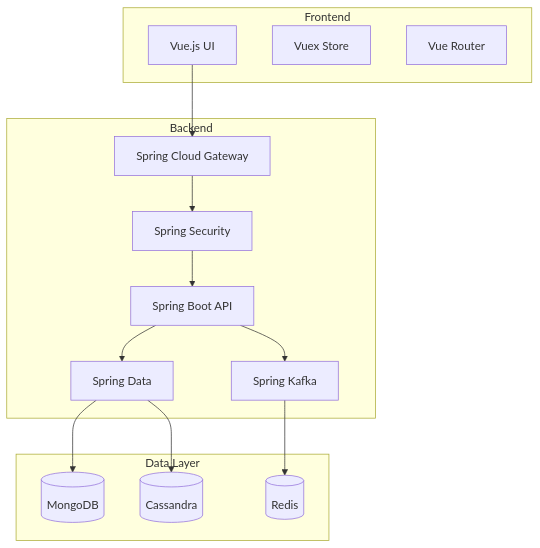
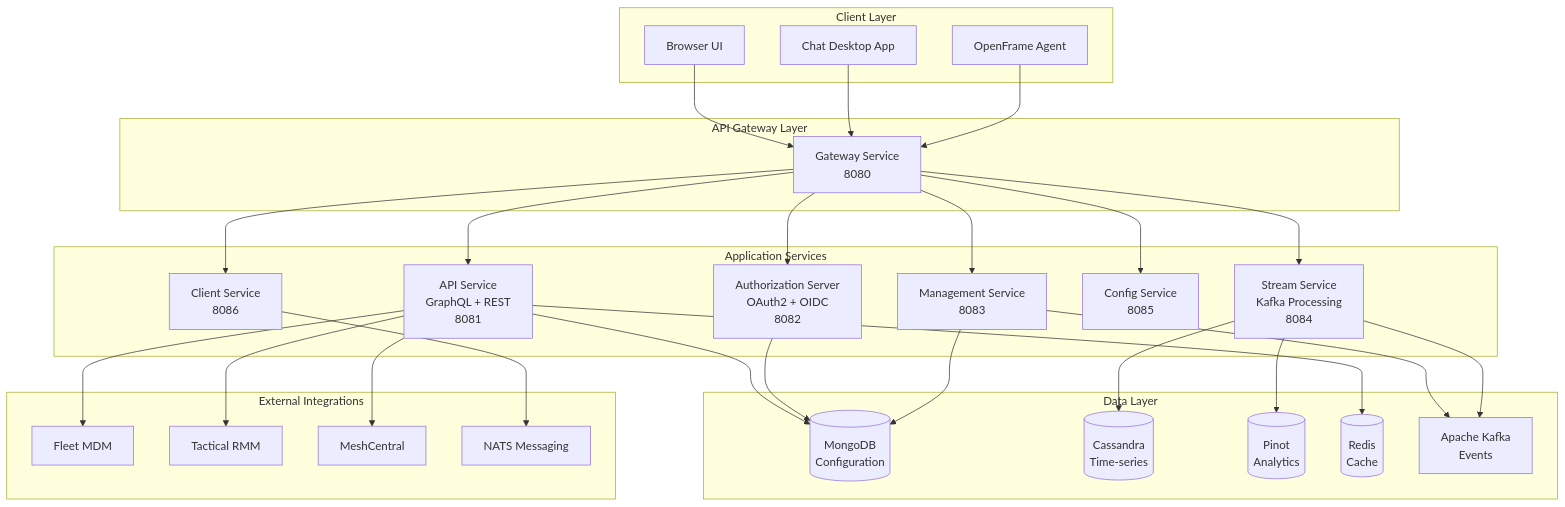
Before and after one commit to flamingo-stack/openframe-oss-tenant: the first of 8 diagrams in docs/development/architecture/overview.md, drawn with Mermaid. The commit also changed other lines of this file and 9 other files, not shown here.

````diff
--- a/docs/development/architecture/overview.md
+++ b/docs/development/architecture/overview.md
@@ -7,31 +7,61 @@
 ```mermaid
-graph TB
-    subgraph Frontend
-        UI[Vue.js UI]
-        Store[Vuex Store]
-        Router[Vue Router]
+flowchart TB
+    subgraph "Client Layer"
+        Browser[Browser UI]
+        ChatApp[Chat Desktop App]
+        Agent[OpenFrame Agent]
     end
 
-    subgraph Backend
-        Gateway[Spring Cloud Gateway]
-        Auth[Spring Security]
-        API[Spring Boot API]
-        Stream[Spring Kafka]
-        Data[Spring Data]
+    subgraph "API Gateway Layer"
+        Gateway[Gateway Service<br/>8080]
     end
 
-    subgraph Data Layer
-        MongoDB[(MongoDB)]
-        Cassandra[(Cassandra)]
-        Redis[(Redis)]
+    subgraph "Application Services"
+        API[API Service<br/>GraphQL + REST<br/>8081]
+        Auth[Authorization Server<br/>OAuth2 + OIDC<br/>8082]
+        Management[Management Service<br/>8083]
+        Stream[Stream Service<br/>Kafka Processing<br/>8084]
+        Config[Config Service<br/>8085]
+        Client[Client Service<br/>8086]
     end
 
-    UI --> Gateway
+    subgraph "Data Layer"
+        Mongo[(MongoDB<br/>Configuration)]
+        Cassandra[(Cassandra<br/>Time-series)]
+        Pinot[(Pinot<br/>Analytics)]
+        Redis[(Redis<br/>Cache)]
+        Kafka[Apache Kafka<br/>Events]
+    end
+
+    subgraph "External Integrations"
+        Fleet[Fleet MDM]
+        Tactical[Tactical RMM]
+        Mesh[MeshCentral]
+        NATS[NATS Messaging]
+    end
+
+    Browser --> Gateway
+    ChatApp --> Gateway
+    Agent --> Gateway
+
+    Gateway --> API
     Gateway --> Auth
-    Auth --> API
-    API --> Stream
-    API --> Data
-    Data --> MongoDB
-    Data --> Cassandra
-    Stream --> Redis
+    Gateway --> Management
+    Gateway --> Stream
+    Gateway --> Config
+    Gateway --> Client
+
+    API --> Mongo
+    API --> Redis
+    Auth --> Mongo
+    Management --> Mongo
+    Management --> Kafka
+    Stream --> Cassandra
+    Stream --> Pinot
+    Stream --> Kafka
+    Client --> NATS
+
+    API --> Fleet
+    API --> Tactical
+    API --> Mesh
 ```
````
